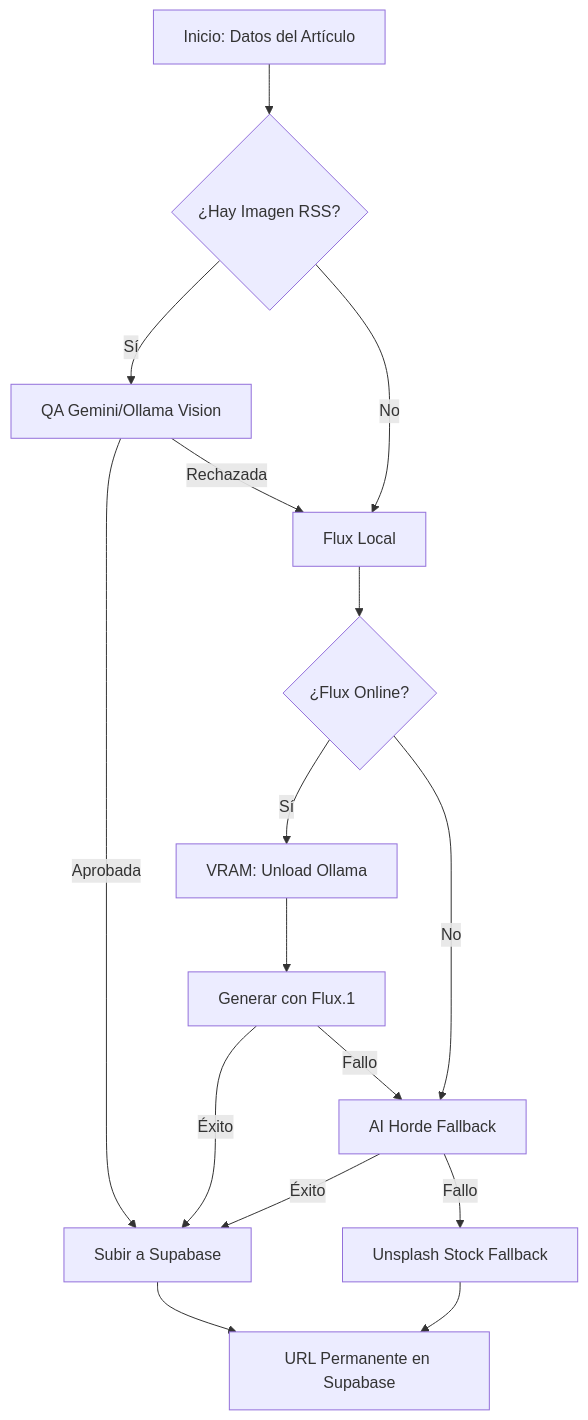
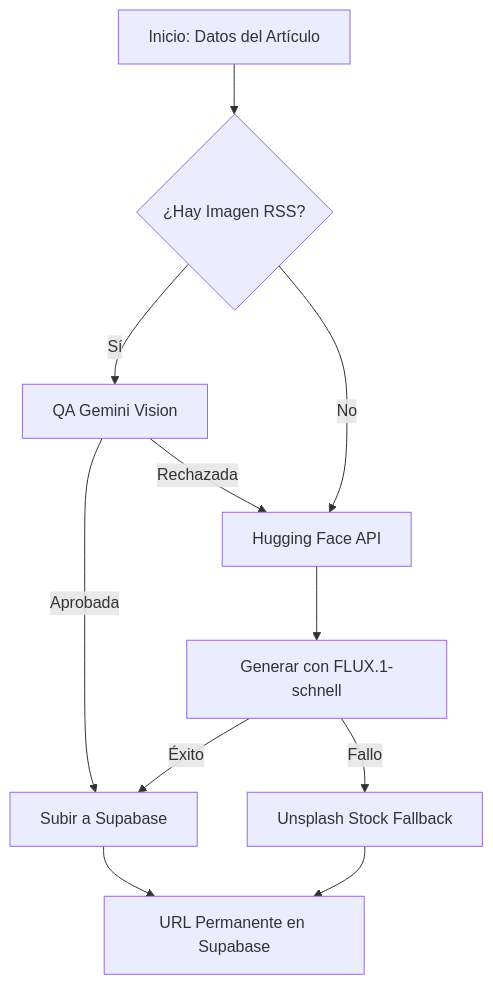
Before and after one commit to CarlosEmerito/EmeDotEme: the second of 2 diagrams in docs/04 - Flujos de Trabajo.md, drawn with Mermaid. The commit also changed other lines of this file and 7 other files, not shown here.

````diff
--- a/docs/04 - Flujos de Trabajo.md
+++ b/docs/04 - Flujos de Trabajo.md
@@ -67,18 +67,13 @@
 ```mermaid
 graph TD
     A[Inicio: Datos del Artículo] --> B{¿Hay Imagen RSS?}
-    B -- Sí --> E[QA Gemini/Ollama Vision]
-    B -- No --> D
+    B -- Sí --> E[QA Gemini Vision]
+    B -- No --> D[Hugging Face API]
     E -- Aprobada --> F[Subir a Supabase]
-    E -- Rechazada --> D[Flux Local]
-    D --> G{¿Flux Online?}
-    G -- Sí --> H[VRAM: Unload Ollama]
-    H --> I[Generar con Flux.1]
-    G -- No --> J[AI Horde Fallback]
+    E -- Rechazada --> D
+    D --> I[Generar con FLUX.1-schnell]
     I -- Éxito --> F
-    I -- Fallo --> J
-    J -- Éxito --> F
-    J -- Fallo --> K[Unsplash Stock Fallback]
+    I -- Fallo --> K[Unsplash Stock Fallback]
     K --> L[Imagen Final]
     F --> L[URL Permanente en Supabase]
 ```
````
